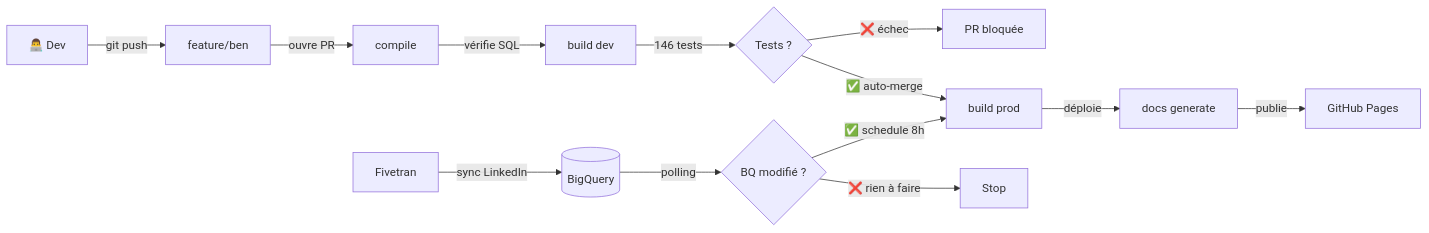
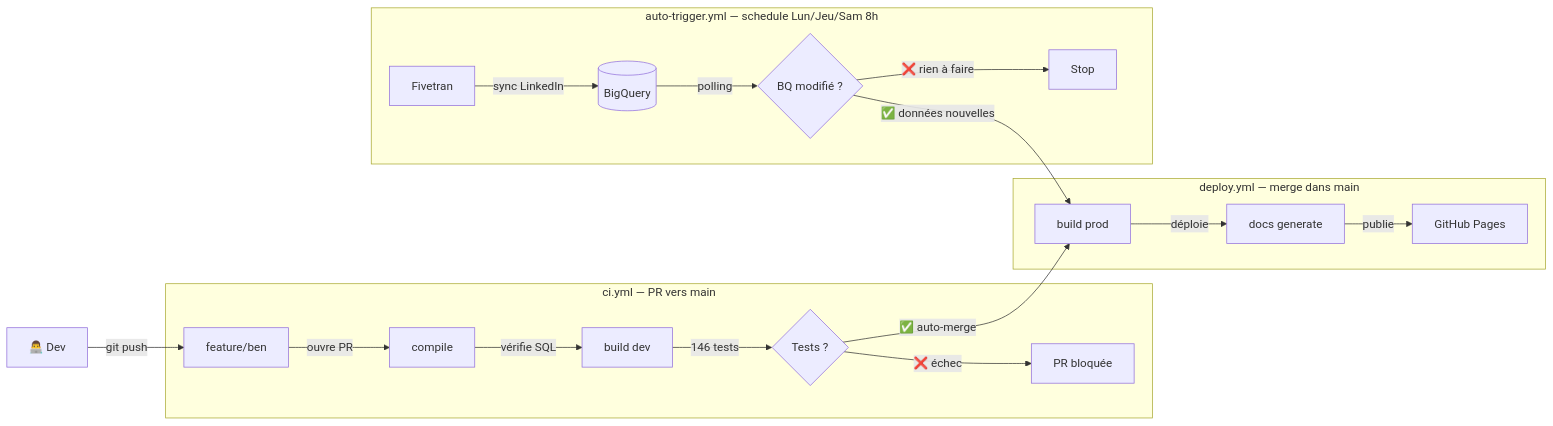
The third of 6 diagrams in README.md (ballates/linkyhub_dbt), drawn with Mermaid before and after one commit. The commit also changed other lines of this file, not shown here.

Commit message:
Refactore the Flow whart

````diff
--- a/README.md
+++ b/README.md
@@ -242,10 +242,21 @@
 ```mermaid
 flowchart LR
-    dev[👨‍💻 Dev] -->|"git push"| branch[feature/ben] -->|"ouvre PR"| c1[compile] -->|"vérifie SQL"| c2[build dev] -->|"146 tests"| c3{Tests ?}
-    c3 -->|"❌ échec"| block[PR bloquée]
-    c3 -->|"✅ auto-merge"| d1[build prod] -->|"déploie"| d2[docs generate] -->|"publie"| d3[GitHub Pages]
+    dev[👨‍💻 Dev] -->|"git push"| branch[feature/ben]
 
-    fivetran[Fivetran] -->|"sync LinkedIn"| bq[(BigQuery)] -->|"polling"| t2{BQ modifié ?}
-    t2 -->|"❌ rien à faire"| t3[Stop]
-    t2 -->|"✅ schedule 8h"| d1
+    subgraph ci ["ci.yml — PR vers main"]
+        branch -->|"ouvre PR"| c1[compile] -->|"vérifie SQL"| c2[build dev] -->|"146 tests"| c3{Tests ?}
+        c3 -->|"❌ échec"| block[PR bloquée]
+    end
+
+    subgraph deploy ["deploy.yml — merge dans main"]
+        d1[build prod] -->|"déploie"| d2[docs generate] -->|"publie"| d3[GitHub Pages]
+    end
+
+    subgraph trigger ["auto-trigger.yml — schedule Lun/Jeu/Sam 8h"]
+        fivetran[Fivetran] -->|"sync LinkedIn"| bq[(BigQuery)] -->|"polling"| t2{BQ modifié ?}
+        t2 -->|"❌ rien à faire"| t3[Stop]
+    end
+
+    c3 -->|"✅ auto-merge"| d1
+    t2 -->|"✅ données nouvelles"| d1
 ```
````
